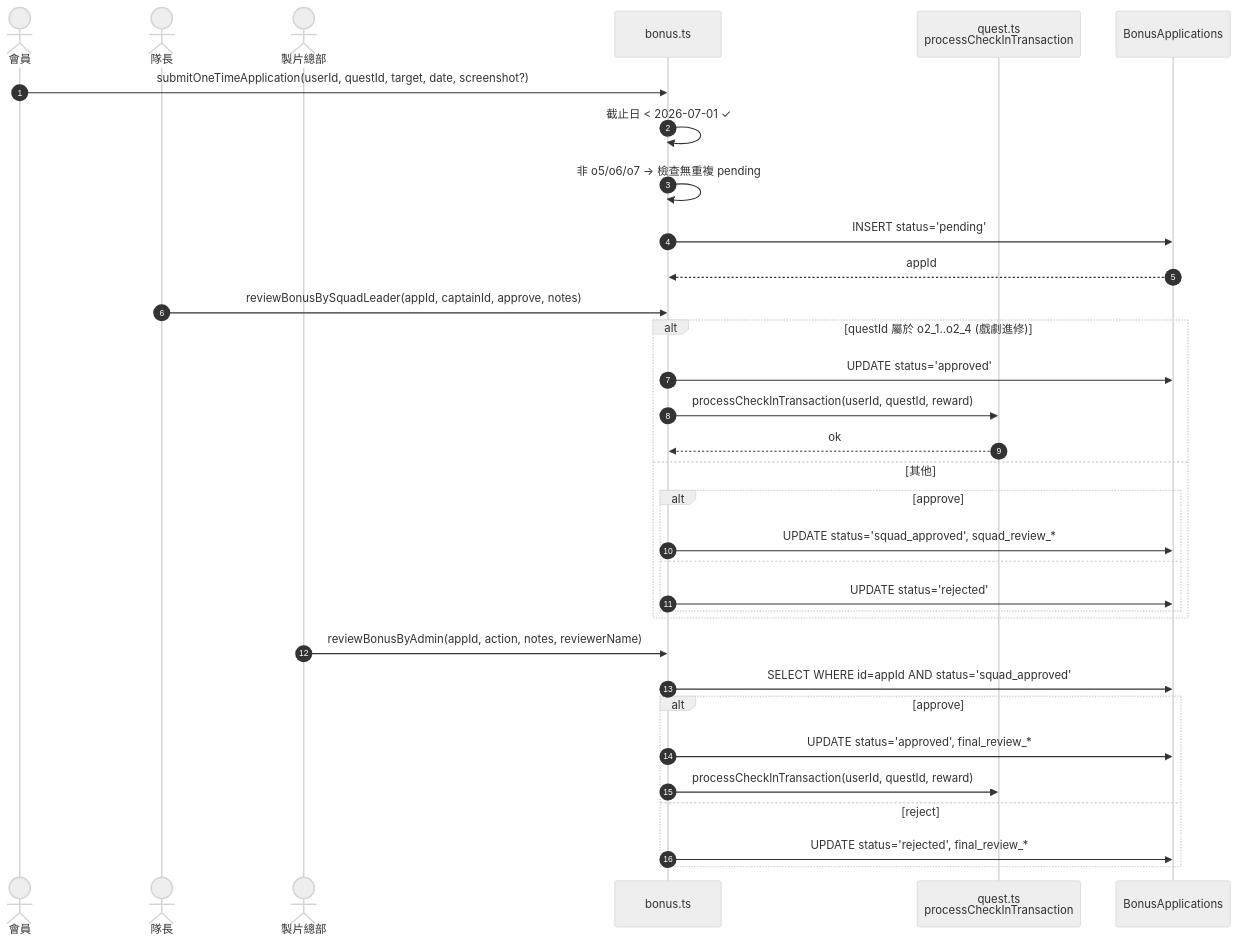
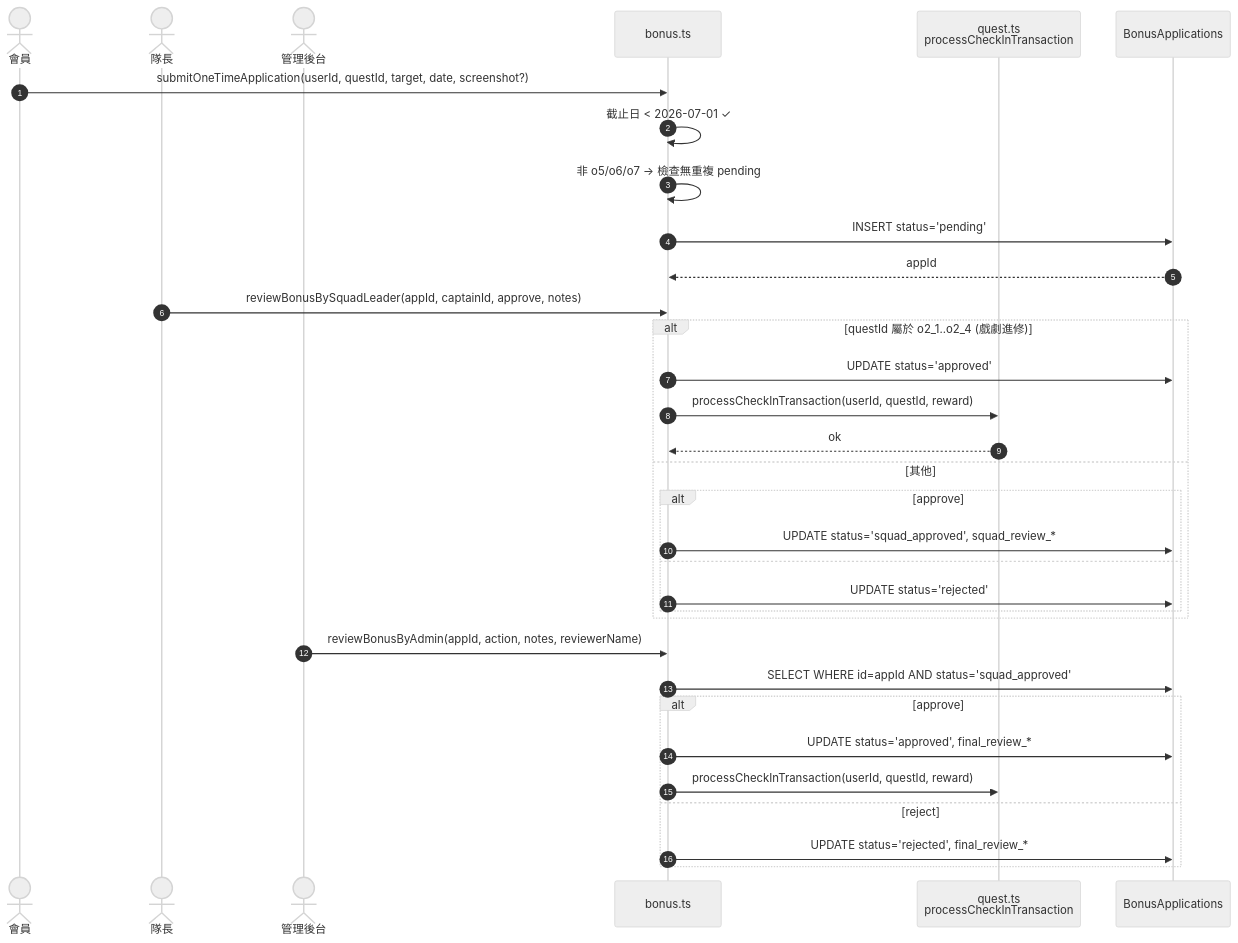
One commit to Archie-design/mirror changed the ninth of 12 diagrams in docs/ARCHITECTURE.md. Above: the diagram before and after it, drawn with Mermaid (neutral theme). The commit also changed other lines of this file and 32 other files, not shown here.

````diff
--- a/docs/ARCHITECTURE.md
+++ b/docs/ARCHITECTURE.md
@@ -579,38 +579,38 @@
 ```mermaid
 sequenceDiagram
     autonumber
     actor User as 會員
     actor Captain as 隊長
-    actor Admin as 製片總部
+    actor Admin as 管理後台
     participant SA as bonus.ts
     participant Quest as quest.ts<br/>processCheckInTransaction
     participant DB as BonusApplications
 
     User->>SA: submitOneTimeApplication(userId, questId, target, date, screenshot?)
     SA->>SA: 截止日 < 2026-07-01 ✓
     SA->>SA: 非 o5/o6/o7 → 檢查無重複 pending
     SA->>DB: INSERT status='pending'
     DB-->>SA: appId
 
     Captain->>SA: reviewBonusBySquadLeader(appId, captainId, approve, notes)
     alt questId 屬於 o2_1..o2_4 (戲劇進修)
         SA->>DB: UPDATE status='approved'
         SA->>Quest: processCheckInTransaction(userId, questId, reward)
         Quest-->>SA: ok
     else 其他
         alt approve
             SA->>DB: UPDATE status='squad_approved', squad_review_*
         else
             SA->>DB: UPDATE status='rejected'
         end
     end
 
     Admin->>SA: reviewBonusByAdmin(appId, action, notes, reviewerName)
     SA->>DB: SELECT WHERE id=appId AND status='squad_approved'
     alt approve
         SA->>DB: UPDATE status='approved', final_review_*
         SA->>Quest: processCheckInTransaction(userId, questId, reward)
     else reject
         SA->>DB: UPDATE status='rejected', final_review_*
     end
 ```
````
